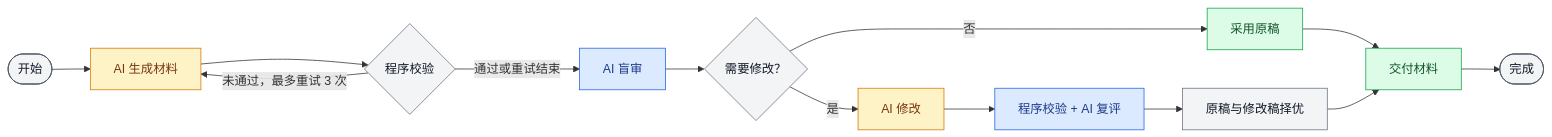
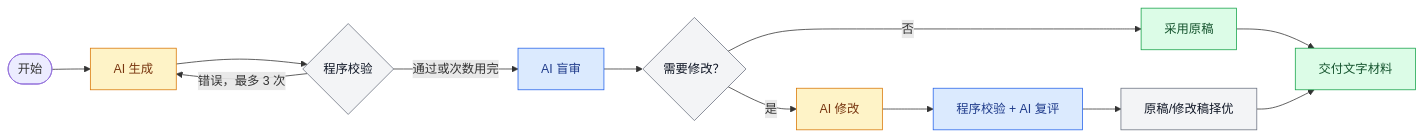
Before and after one commit to wanglingxiao123/ielts-part1-generator: the second of 2 diagrams in README.md, drawn with Mermaid. The commit also changed other lines of this file, not shown here.

````diff
--- a/README.md
+++ b/README.md
@@ -77,27 +170,23 @@
 ```mermaid
 flowchart LR
-    S(["开始"]) --> G["AI 生成材料"]
+    S(["开始"]) --> G["AI 生成"]
     G --> V{"程序校验"}
-    V -- "未通过，最多重试 3 次" --> G
-    V -- "通过或重试结束" --> A["AI 盲审"]
+    V -- "错误，最多 3 次" --> G
+    V -- "通过或次数用完" --> A["AI 盲审"]
     A --> X{"需要修改？"}
-    X -- "否" --> P["采用原稿"]
+    X -- "否" --> O["采用原稿"]
     X -- "是" --> R["AI 修改"]
     R --> C["程序校验 + AI 复评"]
-    C --> B["原稿与修改稿择优"]
-    P --> D["交付材料"]
+    C --> B["原稿/修改稿择优"]
+    O --> D["交付文字材料"]
     B --> D
-    D --> E(["完成"])
 
-    classDef startEnd fill:#f3f4f6,stroke:#4b5563,color:#111827;
-    classDef generate fill:#fef3c7,stroke:#d97706,color:#78350f;
+    classDef ai fill:#fef3c7,stroke:#d97706,color:#78350f;
     classDef audit fill:#dbeafe,stroke:#2563eb,color:#1e3a8a;
-    classDef decision fill:#f3f4f6,stroke:#6b7280,color:#111827;
-    classDef delivery fill:#dcfce7,stroke:#16a34a,color:#14532d;
-
-    class S,E startEnd;
-    class G,R generate;
+    classDef code fill:#f3f4f6,stroke:#6b7280,color:#111827;
+    classDef done fill:#dcfce7,stroke:#16a34a,color:#14532d;
+    class G,R ai;
     class A,C audit;
-    class V,X,B decision;
-    class P,D delivery;
+    class V,X,B code;
+    class O,D done;
 ```
````
